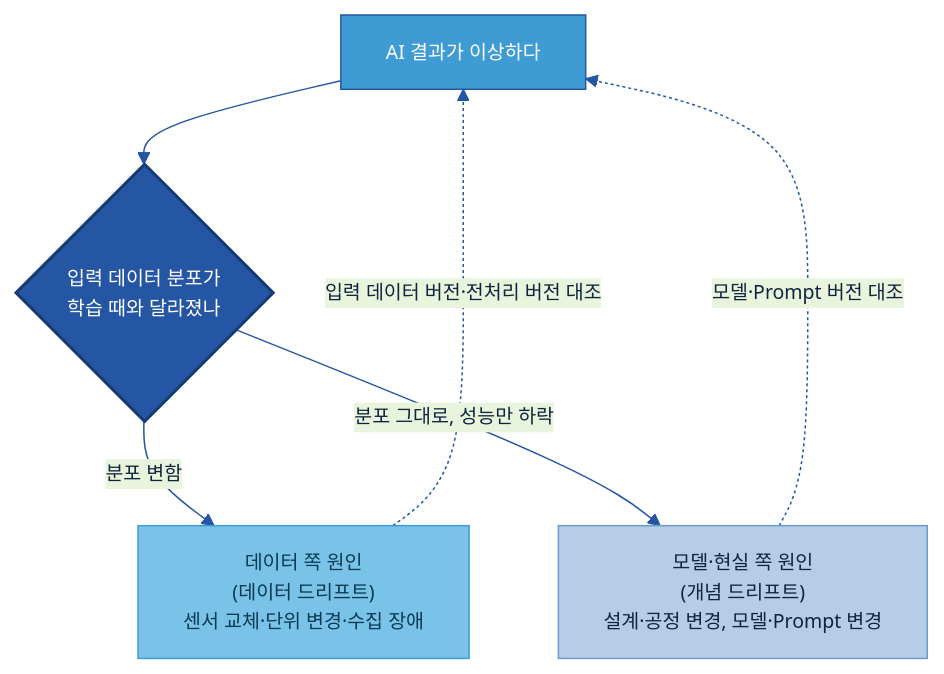
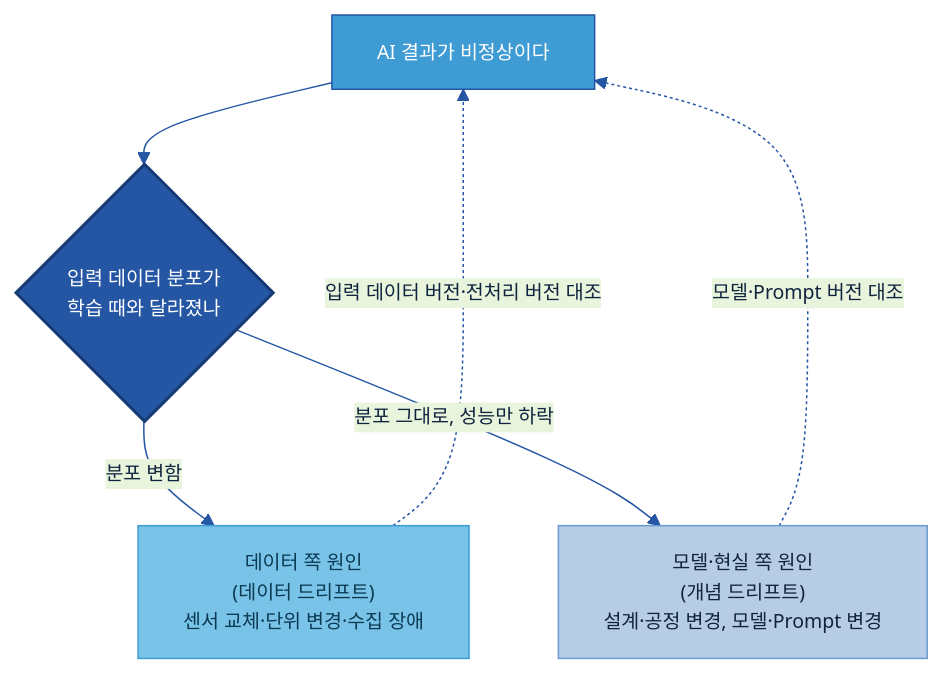
Before and after one commit to jin-kearney/ai-ready-data-manual: the second of 5 diagrams in 가이드 작성/C-1 Observability/C-1 Observability.md, drawn with Mermaid. The commit also changed other lines of this file and 1 other file, not shown here.

````diff
--- a/가이드 작성/C-1 Observability/C-1 Observability.md
+++ b/가이드 작성/C-1 Observability/C-1 Observability.md
@@ -197,17 +204,17 @@
 ```mermaid
 %%{init: {'theme':'base','themeVariables':{'primaryColor':'#DCE8F5','primaryBorderColor':'#2456A4','primaryTextColor':'#10243f','lineColor':'#2456A4','clusterBkg':'#EEF4FB','clusterBorder':'#6B9AD1','fontSize':'13px'}}}%%
 flowchart TD
-    R["AI 결과가 이상하다"]:::gate
+    R["AI 결과가 비정상이다"]:::gate
     Q{"입력 데이터 분포가<br/>학습 때와 달라졌나"}:::cat
     D["데이터 쪽 원인<br/>(데이터 드리프트)<br/>센서 교체·단위 변경·수집 장애"]:::src
     M["모델·현실 쪽 원인<br/>(개념 드리프트)<br/>설계·공정 변경, 모델·Prompt 변경"]:::n
     R --> Q
     Q -->|"분포 변함"| D
     Q -->|"분포 그대로, 성능만 하락"| M
     D -. 입력 데이터 버전·전처리 버전 대조 .-> R
     M -. 모델·Prompt 버전 대조 .-> R
     classDef n fill:#B7CDE6,stroke:#6B9AD1,color:#10243f;
     classDef src fill:#79C3E8,stroke:#3F9BD4,color:#0b3a52;
     classDef gate fill:#3F9BD4,stroke:#2456A4,color:#fff;
     classDef cat fill:#2456A4,color:#fff,stroke:#163a73,stroke-width:2px;
 ```
````
